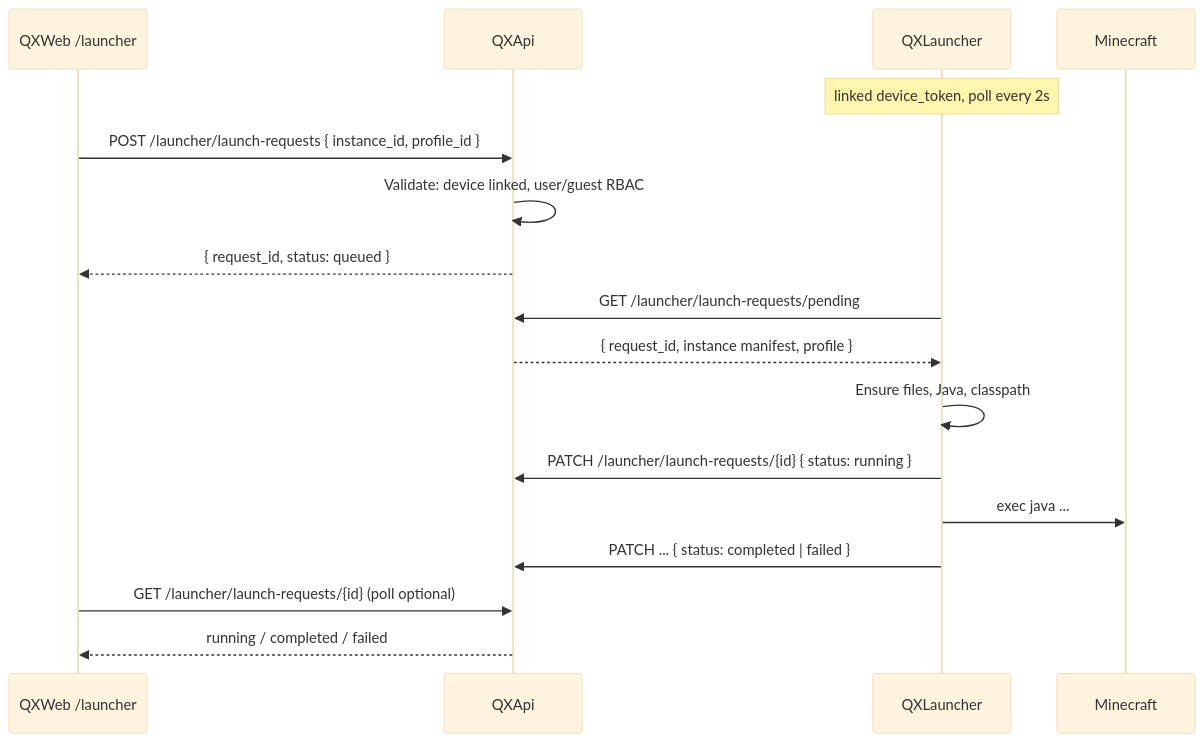
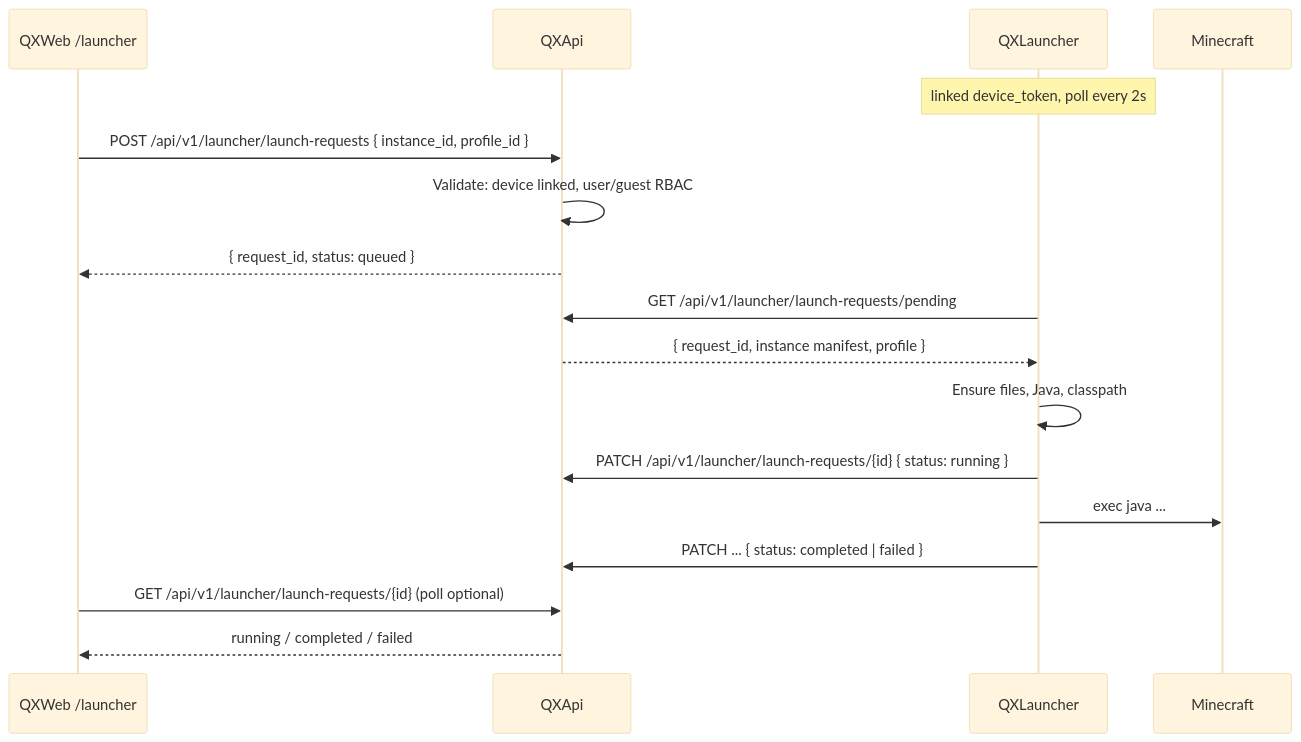
The first of 2 diagrams in docs/launch-bridge.md (mindevis/qx-project), drawn with Mermaid (base theme) before and after one commit. The commit also changed other lines of this file and 129 other files, not shown here.

````diff
--- a/docs/launch-bridge.md
+++ b/docs/launch-bridge.md
@@ -22,20 +24,20 @@
 ```mermaid
 sequenceDiagram
     participant UI as QXWeb /launcher
     participant API as QXApi
     participant T as QXLauncher
     participant JVM as Minecraft
 
     Note over T: linked device_token, poll every 2s
-    UI->>API: POST /launcher/launch-requests { instance_id, profile_id }
+    UI->>API: POST /api/v1/launcher/launch-requests { instance_id, profile_id }
     API->>API: Validate: device linked, user/guest RBAC
     API-->>UI: { request_id, status: queued }
-    T->>API: GET /launcher/launch-requests/pending
+    T->>API: GET /api/v1/launcher/launch-requests/pending
     API-->>T: { request_id, instance manifest, profile }
     T->>T: Ensure files, Java, classpath
-    T->>API: PATCH /launcher/launch-requests/{id} { status: running }
+    T->>API: PATCH /api/v1/launcher/launch-requests/{id} { status: running }
     T->>JVM: exec java ...
     T->>API: PATCH ... { status: completed | failed }
-    UI->>API: GET /launcher/launch-requests/{id} (poll optional)
+    UI->>API: GET /api/v1/launcher/launch-requests/{id} (poll optional)
     API-->>UI: running / completed / failed
 ```
````
